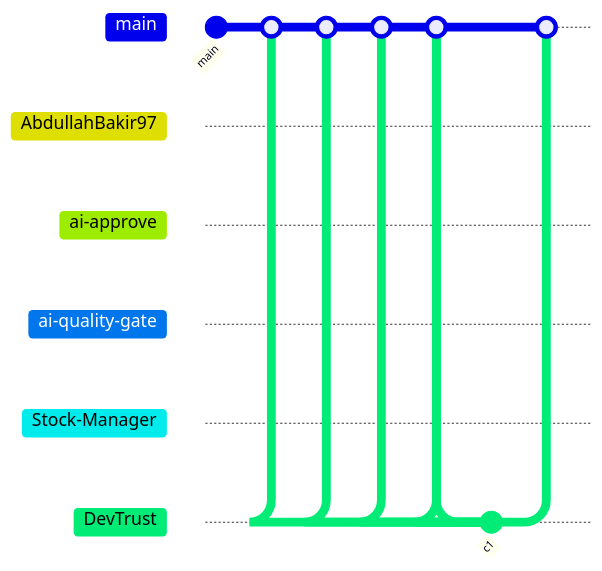
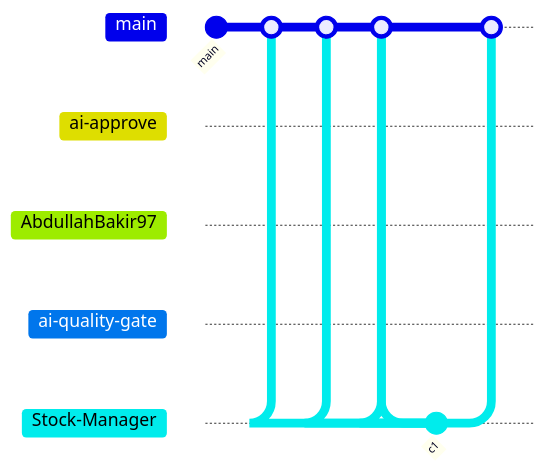
One commit to AbdullahBakir97/AbdullahBakir97 changed the diagram in README.md. Above: the diagram before and after it, drawn with Mermaid. The commit also changed other lines of this file and 7 other files, not shown here.

````diff
--- a/README.md
+++ b/README.md
@@ -336,29 +336,24 @@
 ```mermaid
 gitGraph
    commit id: "main"
+   branch ai-approve
+   checkout ai-approve
+   commit id: "c1"
+   checkout main
+   merge ai-approve
    branch AbdullahBakir97
    checkout AbdullahBakir97
    commit id: "c1"
    checkout main
    merge AbdullahBakir97
-   branch ai-approve
-   checkout ai-approve
-   commit id: "c1"
-   checkout main
-   merge ai-approve
    branch ai-quality-gate
    checkout ai-quality-gate
    commit id: "c1"
    checkout main
    merge ai-quality-gate
    branch Stock-Manager
    checkout Stock-Manager
    commit id: "c1"
    checkout main
    merge Stock-Manager
-   branch DevTrust
-   checkout DevTrust
-   commit id: "c1"
-   checkout main
-   merge DevTrust
 ```
````
